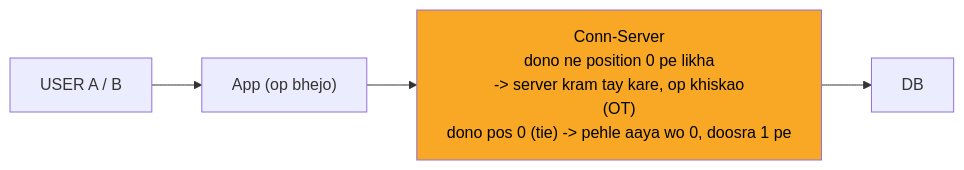
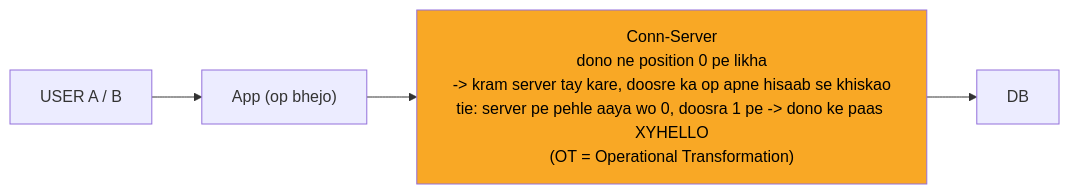
Before and after one commit to ArpanMaheshwari144/Prep: the fourth of 10 diagrams in 04_HLD/SYSTEM_DESIGNS/11_google_docs_collab/11_google_docs_collab.md, drawn with Mermaid. The commit also changed other lines of this file and 13 other files, not shown here.

````diff
--- a/04_HLD/SYSTEM_DESIGNS/11_google_docs_collab/11_google_docs_collab.md
+++ b/04_HLD/SYSTEM_DESIGNS/11_google_docs_collab/11_google_docs_collab.md
@@ -138,12 +142,12 @@
 ```mermaid
 %%{init: {"flowchart": {"wrappingWidth": 450}}}%%
 flowchart LR
     n_USER["USER A / B"]
     n_App["App (op bhejo)"]
-    n_CS["Conn-Server<br/>dono ne position 0 pe likha<br/>-> server kram tay kare, op khiskao<br/>(OT)<br/>dono pos 0 (tie) -> pehle aaya wo 0, doosra 1 pe"]
+    n_CS["Conn-Server<br/>dono ne position 0 pe likha<br/>-> kram server tay kare, doosre ka op apne hisaab se khiskao<br/>tie: server pe pehle aaya wo 0, doosra 1 pe -> dono ke paas XYHELLO<br/>(OT = Operational Transformation)"]
     n_DB["DB"]
     n_USER --> n_App
     n_App --> n_CS
     n_CS --> n_DB
     style n_CS fill:#f9a825,color:#000
 ```
````
